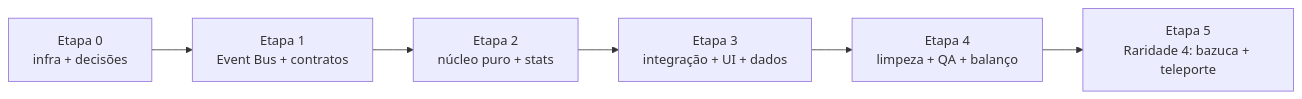
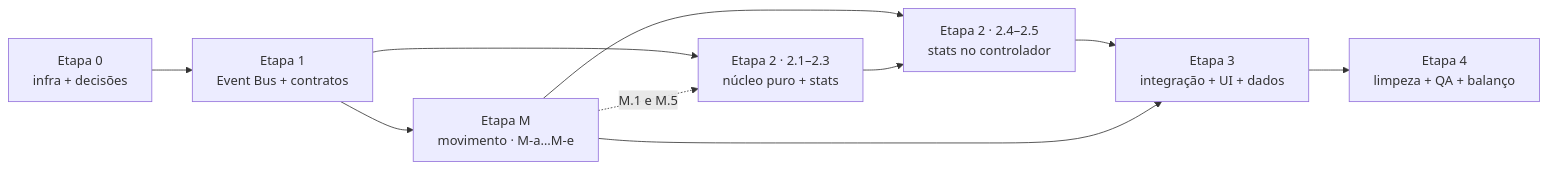
The second of 2 diagrams in PLANO_REFACTOR_ROGUELIKE.md (JvCodes76/Projetos-Grupo-5), drawn with Mermaid before and after one commit. The commit also changed other lines of this file and 2 other files, not shown here.

````diff
--- a/PLANO_REFACTOR_ROGUELIKE.md
+++ b/PLANO_REFACTOR_ROGUELIKE.md
@@ -434,8 +491,12 @@
 ```mermaid
 flowchart LR
     E0[Etapa 0<br/>infra + decisões] --> E1[Etapa 1<br/>Event Bus + contratos]
-    E1 --> E2[Etapa 2<br/>núcleo puro + stats]
-    E2 --> E3[Etapa 3<br/>integração + UI + dados]
+    E1 --> EM[Etapa M<br/>movimento · M-a…M-e]
+    E1 --> E2A[Etapa 2 · 2.1–2.3<br/>núcleo puro + stats]
+    EM -.->|M.1 e M.5| E2A
+    EM --> E2B[Etapa 2 · 2.4–2.5<br/>stats no controlador]
+    E2A --> E2B
+    E2B --> E3[Etapa 3<br/>integração + UI + dados]
+    EM --> E3
     E3 --> E4[Etapa 4<br/>limpeza + QA + balanço]
-    E4 --> E5[Etapa 5<br/>Raridade 4: bazuca + teleporte]
 ```
````
